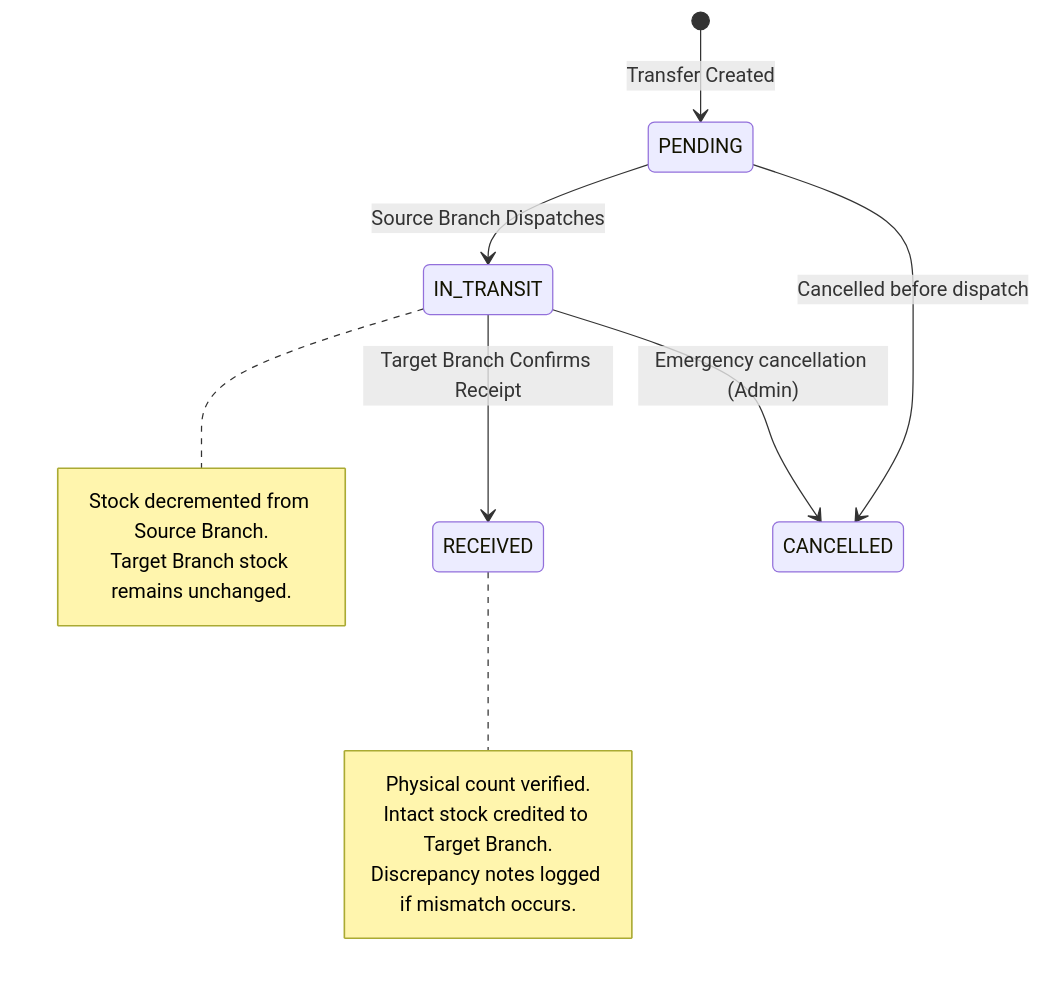
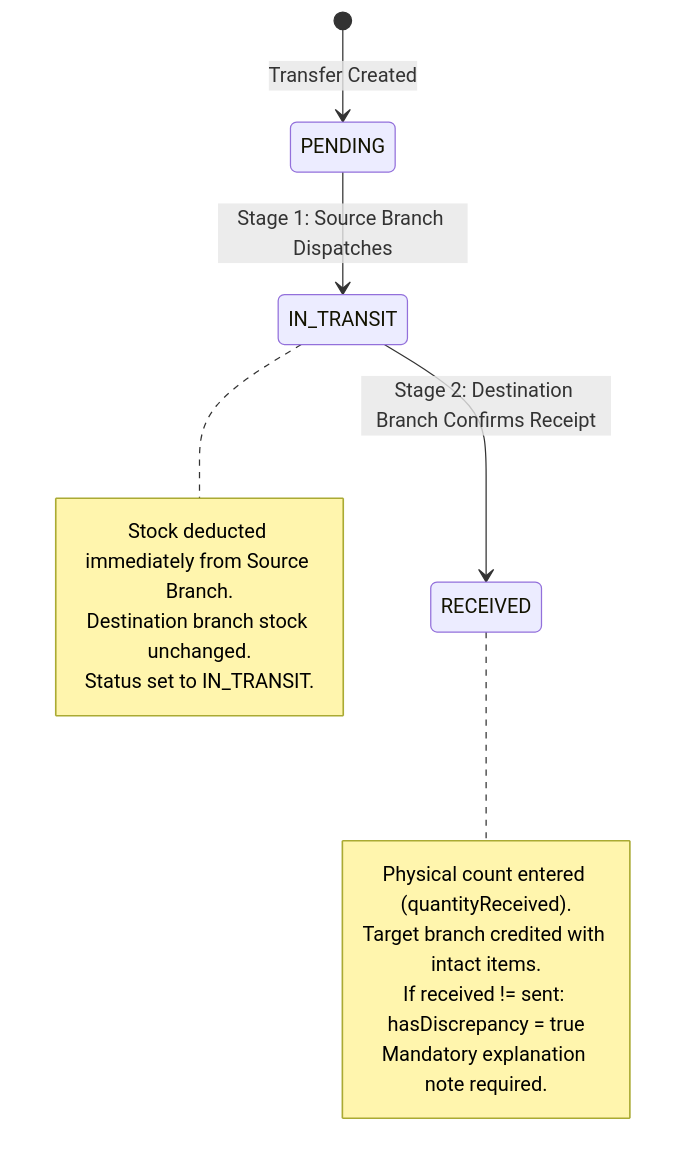
Before and after one commit to riveroalecjoseph/RR_POS_Backup: the second of 2 diagrams in SYSTEM_OVERVIEW_BACKUP.md, drawn with Mermaid. The commit also changed other lines of this file and 15 other files, not shown here.

````diff
--- a/SYSTEM_OVERVIEW_BACKUP.md
+++ b/SYSTEM_OVERVIEW_BACKUP.md
@@ -430,17 +288,17 @@
 ```mermaid
 stateDiagram-v2
     [*] --> PENDING: Transfer Created
-    PENDING --> IN_TRANSIT: Source Branch Dispatches
+    PENDING --> IN_TRANSIT: Stage 1: Source Branch Dispatches
     note right of IN_TRANSIT
-        Stock decremented from Source Branch.
-        Target Branch stock remains unchanged.
+        Stock deducted immediately from Source Branch.
+        Destination branch stock unchanged.
+        Status set to IN_TRANSIT.
     end note
-    IN_TRANSIT --> RECEIVED: Target Branch Confirms Receipt
+    IN_TRANSIT --> RECEIVED: Stage 2: Destination Branch Confirms Receipt
     note right of RECEIVED
-        Physical count verified.
-        Intact stock credited to Target Branch.
-        Discrepancy notes logged if mismatch occurs.
+        Physical count entered (quantityReceived).
+        Target branch credited with intact items.
+        If received != sent: hasDiscrepancy = true
+        Mandatory explanation note required.
     end note
-    PENDING --> CANCELLED: Cancelled before dispatch
-    IN_TRANSIT --> CANCELLED: Emergency cancellation (Admin)
 ```
````
